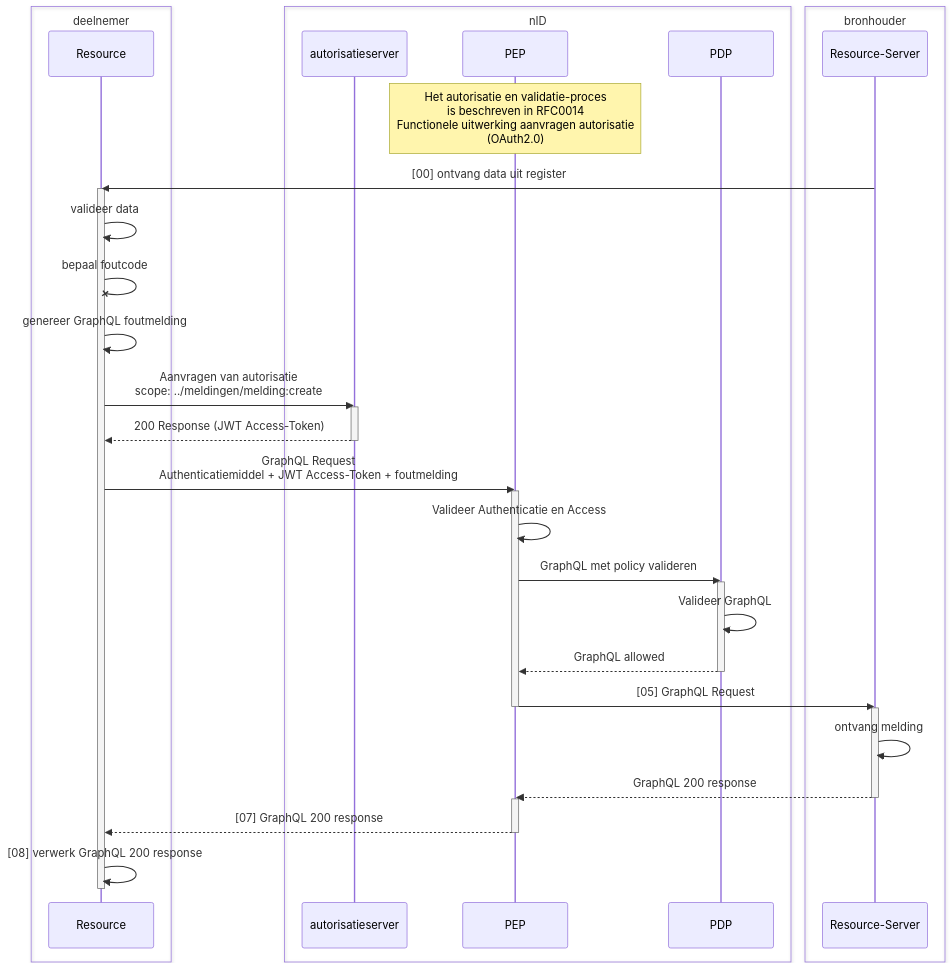
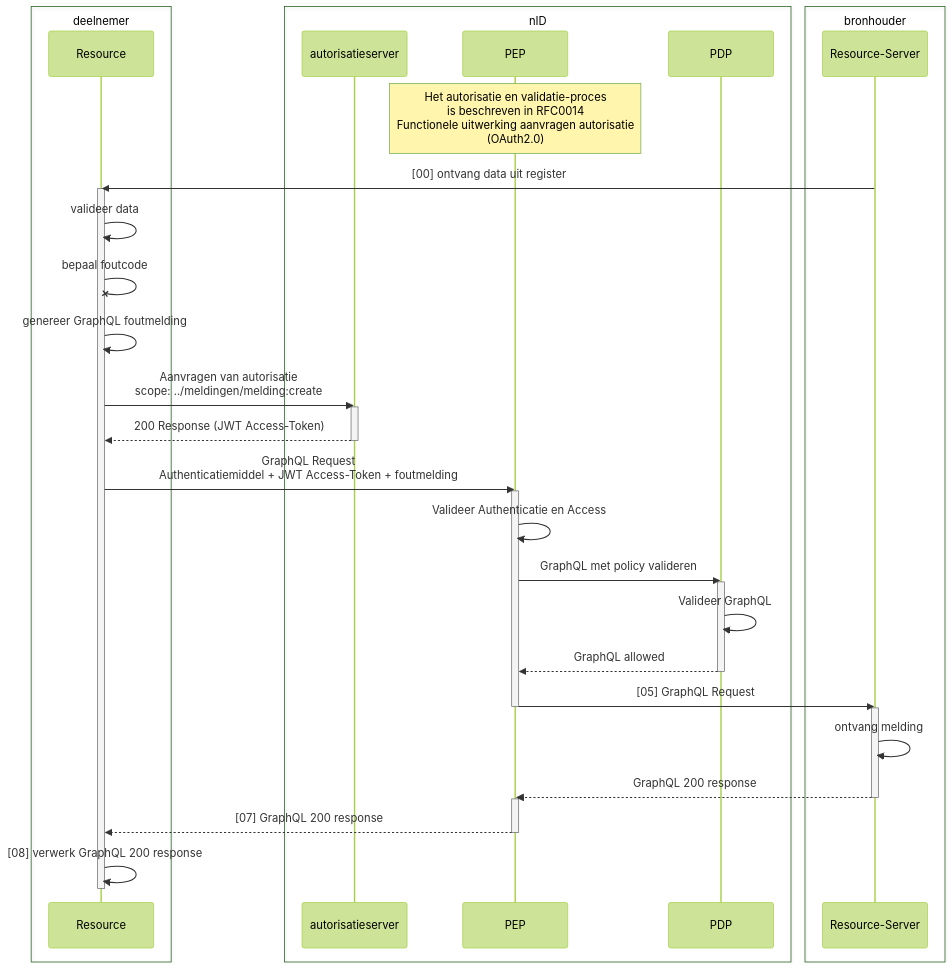
Before and after one commit to iStandaarden/Afsprakenstelsel-iWlz: the fifth of 5 diagrams in docs/applicatie/diensten/notificeren-en-melden.md, drawn with Mermaid. The commit also changed other lines of this file and 7 other files, not shown here.

````diff
--- a/docs/applicatie/diensten/notificeren-en-melden.md
+++ b/docs/applicatie/diensten/notificeren-en-melden.md
@@ -509,56 +530,60 @@
 ```mermaid
+---
+    config:
+        theme: forest
+---
 sequenceDiagram
     box deelnemer
         participant Resource
     end
 
     box nID
         participant AuthzServer as autorisatieserver
         participant PEP
         participant PDP
     end
 
     box bronhouder
         participant ResServer as Resource-Server
     end
 
     Note over PEP: Het autorisatie en validatie-proces<br/>is beschreven in RFC0014<br/>Functionele uitwerking aanvragen autorisatie<br/>(OAuth2.0)
 
     ResServer->>Resource: [00] ontvang data uit register
 
     activate Resource
     Resource->>Resource: valideer data
     Resource-xResource: bepaal foutcode
     Resource->>Resource: genereer GraphQL foutmelding
 
     Resource->>AuthzServer: Aanvragen van autorisatie<br/>scope: ../meldingen/melding:create
     activate AuthzServer
     AuthzServer-->>Resource: 200 Response (JWT Access-Token)
     deactivate AuthzServer
 
     Resource->>PEP: GraphQL Request<br/>Authenticatiemiddel + JWT Access-Token + foutmelding
     activate PEP
 
     PEP->>PEP: Valideer Authenticatie en Access
     PEP->>PDP: GraphQL met policy valideren
 
     activate PDP
     PDP->>PDP: Valideer GraphQL
     PDP-->>PEP: GraphQL allowed
     deactivate PDP
 
     PEP->>ResServer: [05] GraphQL Request
     deactivate PEP
 
     activate ResServer
     ResServer->>ResServer: ontvang melding
     ResServer-->>PEP: GraphQL 200 response
     deactivate ResServer
 
     activate PEP
     PEP-->>Resource: [07] GraphQL 200 response
     deactivate PEP
 
     Resource->>Resource: [08] verwerk GraphQL 200 response
     deactivate Resource
 ```
````
